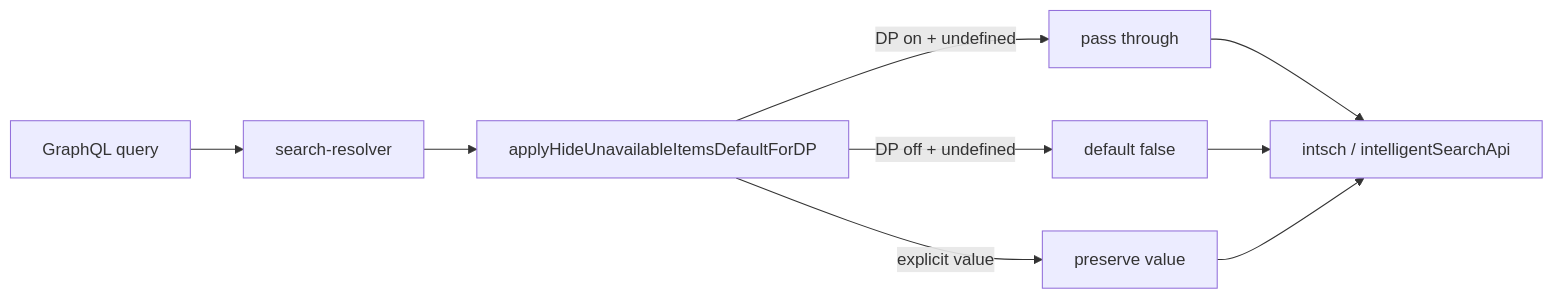
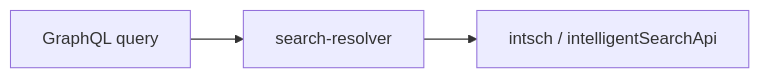
One commit to vtex-apps/search-resolver changed the diagram in specs/hide-unavailable-items-dp-passthrough.md. Above: the diagram before and after it, drawn with Mermaid. The commit also changed other lines of this file and 9 other files, not shown here.

First line of the commit message:
Remove hideUnavailableItems resolver defaulting for all sessions.

````diff
--- a/specs/hide-unavailable-items-dp-passthrough.md
+++ b/specs/hide-unavailable-items-dp-passthrough.md
@@ -80,11 +64,5 @@
 ```mermaid
 flowchart LR
   GQL[GraphQL query] --> R[search-resolver]
-  R --> H[applyHideUnavailableItemsDefaultForDP]
-  H -->|DP on + undefined| P[pass through]
-  H -->|DP off + undefined| F[default false]
-  H -->|explicit value| E[preserve value]
-  P --> IS[intsch / intelligentSearchApi]
-  F --> IS
-  E --> IS
+  R --> IS[intsch / intelligentSearchApi]
 ```
````
